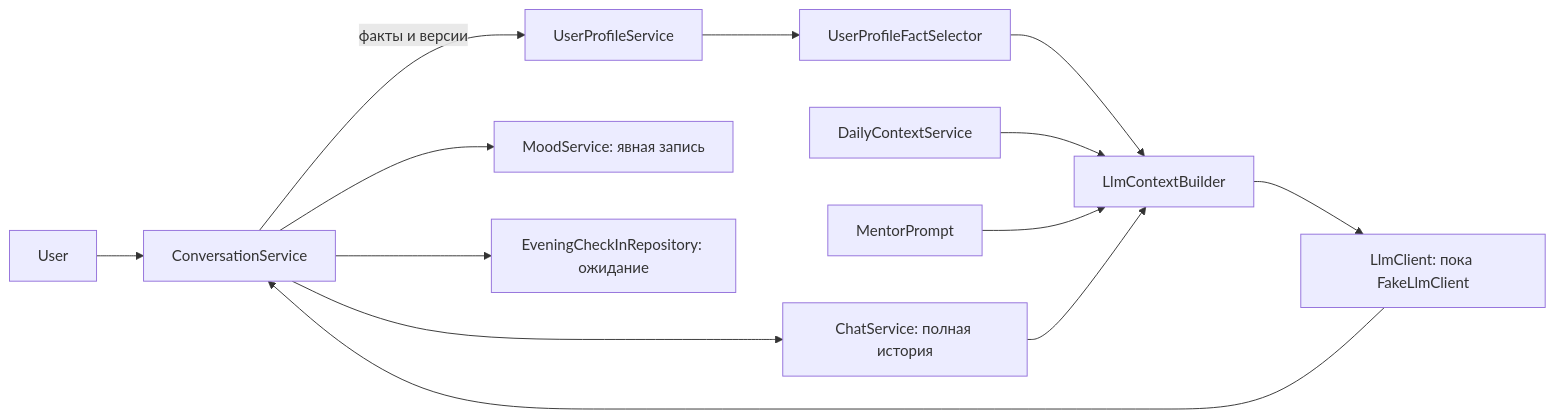
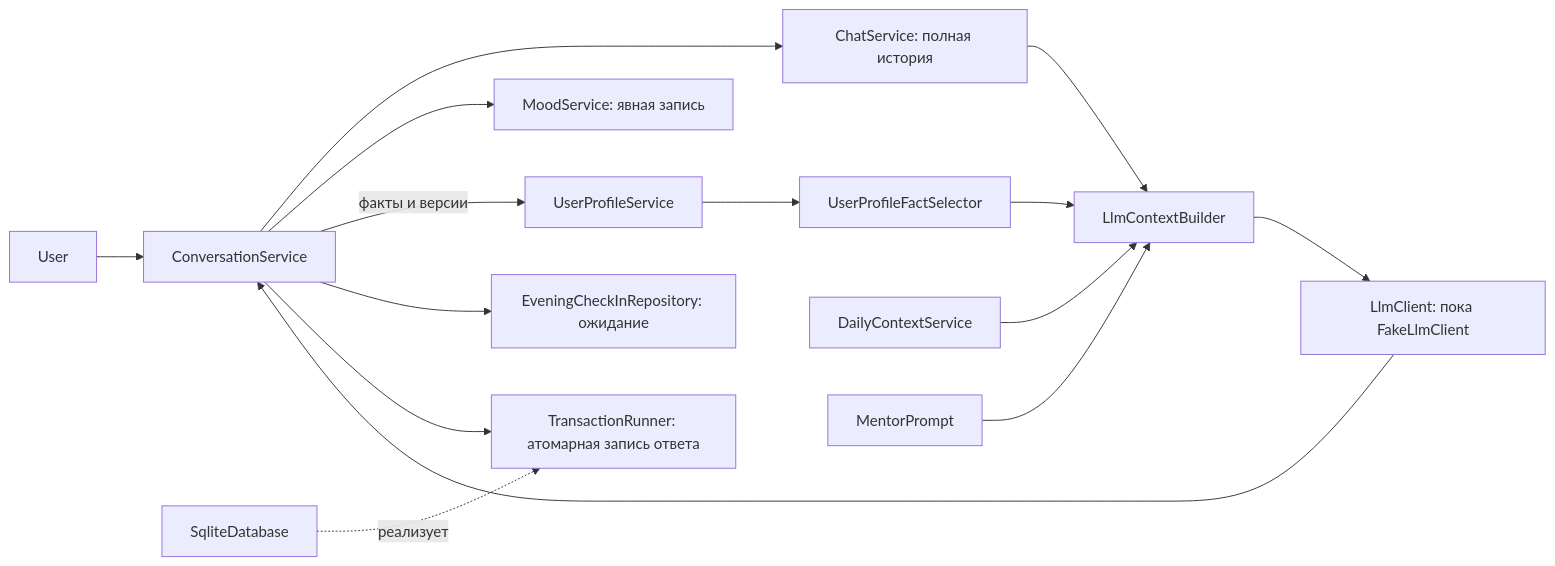
Before and after one commit to TasFoma/MySuperAssistant: the second of 2 diagrams in docs/architecture.md, drawn with Mermaid. The commit also changed other lines of this file and 22 other files, not shown here.

````diff
--- a/docs/architecture.md
+++ b/docs/architecture.md
@@ -293,15 +295,17 @@
 ```mermaid
 flowchart LR
     user[User] --> conversation[ConversationService]
     conversation --> chat[ChatService: полная история]
     profile[UserProfileService] --> selector[UserProfileFactSelector]
     selector --> builder[LlmContextBuilder]
     daily[DailyContextService] --> builder
     prompt[MentorPrompt] --> builder
     chat --> builder
     builder --> llm[LlmClient: пока FakeLlmClient]
     llm --> conversation
     conversation --> mood[MoodService: явная запись]
     conversation -->|факты и версии| profile
     conversation --> pending[EveningCheckInRepository: ожидание]
+    conversation --> transaction[TransactionRunner: атомарная запись ответа]
+    sqlite[SqliteDatabase] -. реализует .-> transaction
 ```
````
